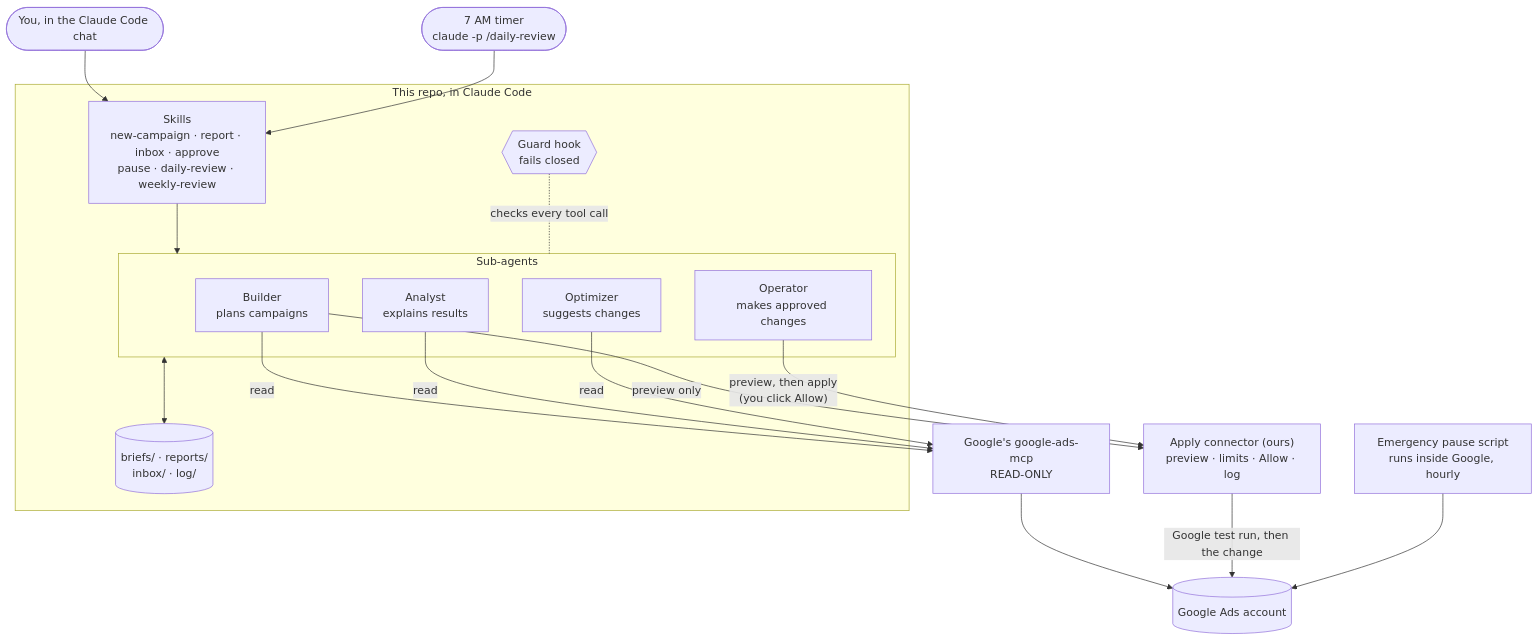
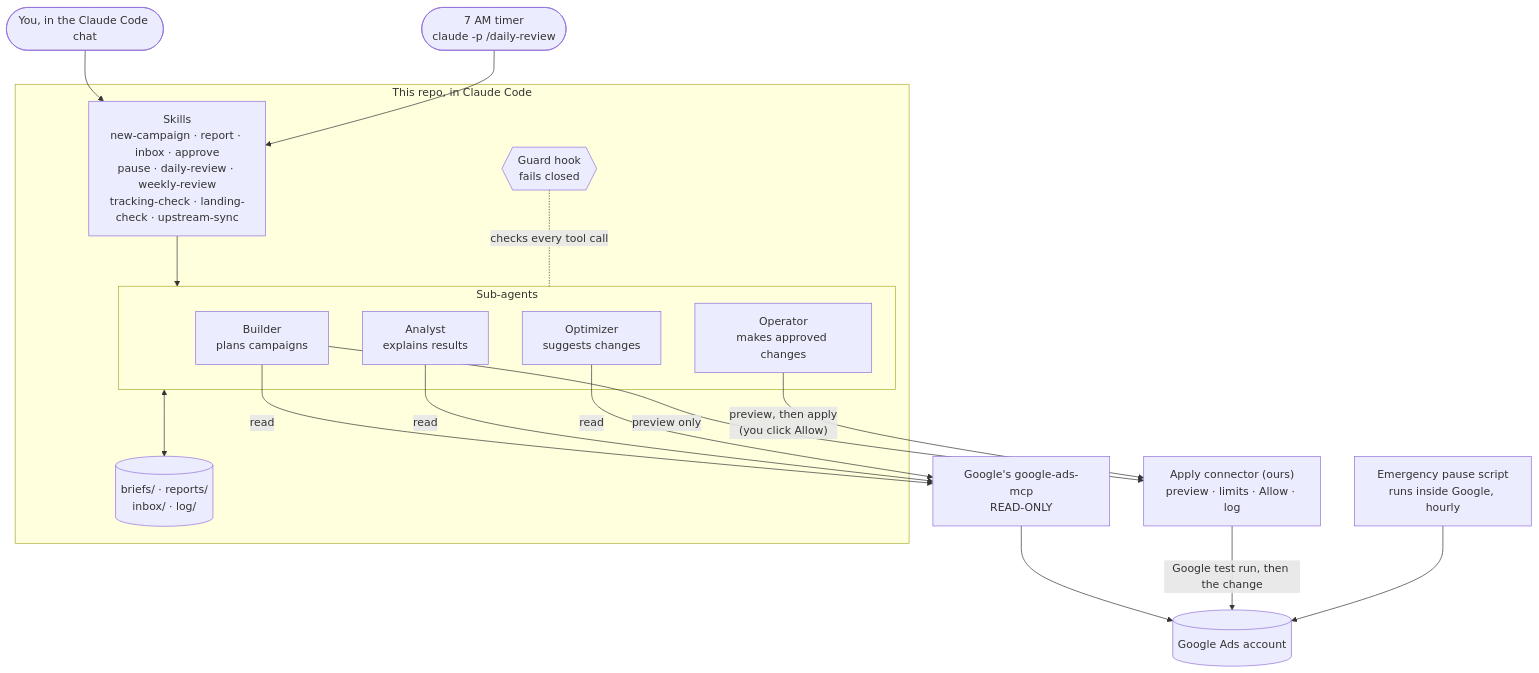
One commit to hari9618/Google-Adds-Automation changed the first of 4 diagrams in README.md. Above: the diagram before and after it, drawn with Mermaid. The commit also changed other lines of this file and 9 other files, not shown here.

First line of the commit message:
chore(upstream): first live sync, 26 Nov 2026

````diff
--- a/README.md
+++ b/README.md
@@ -22,34 +22,34 @@
 ```mermaid
 flowchart TB
     you(["You, in the Claude Code chat"])
     timer(["7 AM timer<br/>claude -p /daily-review"])
 
     subgraph repo ["This repo, in Claude Code"]
-        skills["Skills<br/>new-campaign · report · inbox · approve<br/>pause · daily-review · weekly-review"]
+        skills["Skills<br/>new-campaign · report · inbox · approve<br/>pause · daily-review · weekly-review<br/>tracking-check · landing-check · upstream-sync"]
         subgraph agents ["Sub-agents"]
             builder["Builder<br/>plans campaigns"]
             analyst["Analyst<br/>explains results"]
             optimizer["Optimizer<br/>suggests changes"]
             operator["Operator<br/>makes approved changes"]
         end
         files[("briefs/ · reports/<br/>inbox/ · log/")]
         guard{{"Guard hook<br/>fails closed"}}
     end
 
     read["Google's google-ads-mcp<br/>READ-ONLY"]
     apply["Apply connector (ours)<br/>preview · limits · Allow · log"]
     google[("Google Ads account")]
     emergency["Emergency pause script<br/>runs inside Google, hourly"]
 
     you --> skills
     timer --> skills
     skills --> agents
     agents <--> files
     builder & analyst & optimizer -->|read| read
     builder -->|preview only| apply
     operator -->|"preview, then apply<br/>(you click Allow)"| apply
     read --> google
     apply -->|"Google test run, then the change"| google
     emergency --> google
     guard -. "checks every tool call" .- agents
 ```
````
